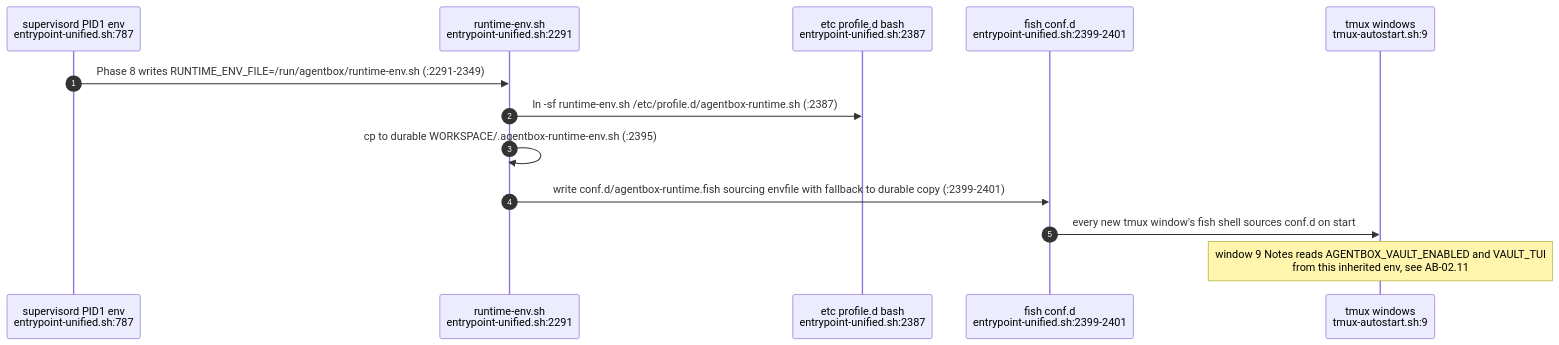
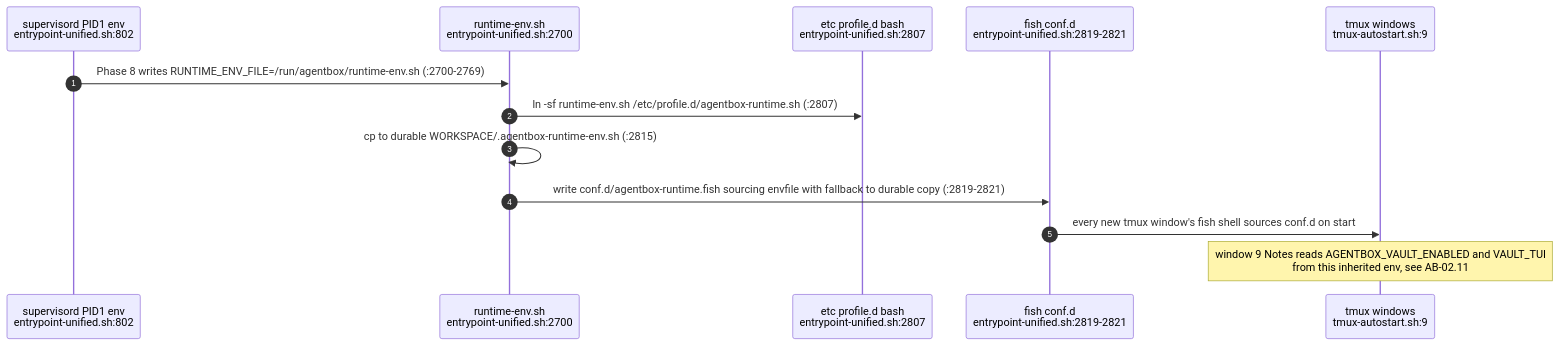
Before and after one commit to DreamLab-AI/VisionFlow: diagram 15 of 23 in docs/diagrams/agentbox/02-boot-sequence-and-readiness.md, drawn with Mermaid. The commit also changed other lines of this file and 28 other files, not shown here.

````diff
--- a/docs/diagrams/agentbox/02-boot-sequence-and-readiness.md
+++ b/docs/diagrams/agentbox/02-boot-sequence-and-readiness.md
@@ -508,16 +515,16 @@
 ```mermaid
 sequenceDiagram
     autonumber
-    participant PID1 as supervisord PID1 env<br/>entrypoint-unified.sh:787
-    participant RT as runtime-env.sh<br/>entrypoint-unified.sh:2291
-    participant BASH as etc profile.d bash<br/>entrypoint-unified.sh:2387
-    participant FISH as fish conf.d<br/>entrypoint-unified.sh:2399-2401
+    participant PID1 as supervisord PID1 env<br/>entrypoint-unified.sh:802
+    participant RT as runtime-env.sh<br/>entrypoint-unified.sh:2700
+    participant BASH as etc profile.d bash<br/>entrypoint-unified.sh:2807
+    participant FISH as fish conf.d<br/>entrypoint-unified.sh:2819-2821
     participant TMUX as tmux windows<br/>tmux-autostart.sh:9
 
-    PID1->>RT: Phase 8 writes RUNTIME_ENV_FILE=/run/agentbox/runtime-env.sh (:2291-2349)
-    RT->>BASH: ln -sf runtime-env.sh /etc/profile.d/agentbox-runtime.sh (:2387)
-    RT->>RT: cp to durable WORKSPACE/.agentbox-runtime-env.sh (:2395)
-    RT->>FISH: write conf.d/agentbox-runtime.fish sourcing envfile with fallback to durable copy (:2399-2401)
+    PID1->>RT: Phase 8 writes RUNTIME_ENV_FILE=/run/agentbox/runtime-env.sh (:2700-2769)
+    RT->>BASH: ln -sf runtime-env.sh /etc/profile.d/agentbox-runtime.sh (:2807)
+    RT->>RT: cp to durable WORKSPACE/.agentbox-runtime-env.sh (:2815)
+    RT->>FISH: write conf.d/agentbox-runtime.fish sourcing envfile with fallback to durable copy (:2819-2821)
     FISH->>TMUX: every new tmux window's fish shell sources conf.d on start
     Note over TMUX: window 9 Notes reads AGENTBOX_VAULT_ENABLED and VAULT_TUI<br/>from this inherited env, see AB-02.11
 ```
````
